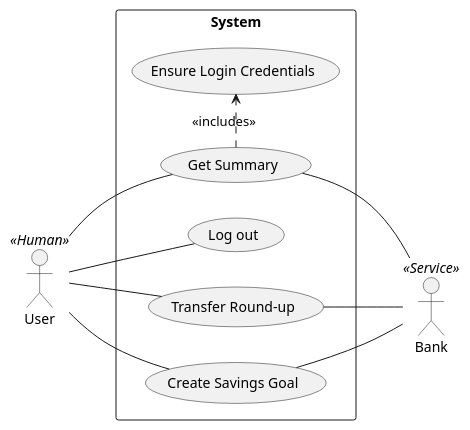
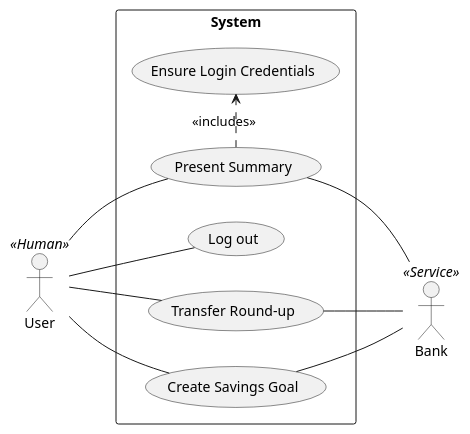
Before and after one commit to hristo-stefanov/MiniBankingDemo: the diagram in diagrams/User Goal/Use Case Diagram.puml, drawn with PlantUML. The commit also changed 10 other files, not shown here.

Commit message:
Rename GetSummaryInteractor to PresentSummaryInteractor

```diff
--- a/diagrams/User Goal/Use Case Diagram.puml
+++ b/diagrams/User Goal/Use Case Diagram.puml
@@ -1,28 +1,28 @@
 @startuml
 'https://plantuml.com/use-case-diagram
 
 ' Level: User Goals
 
 left to right direction
 actor User <<Human>>
 actor Bank <<Service>>
 
 rectangle System {
-usecase "Get Summary"
+usecase "Present Summary"
 usecase "Log out"
 usecase "Ensure Login Credentials"
 usecase "Transfer Round-up"
 usecase "Create Savings Goal"
 }
 
-User -- "Get Summary"
+User -- "Present Summary"
 User -- "Transfer Round-up"
 User -- "Create Savings Goal"
 User -- "Log out"
 
-"Get Summary" -- "Bank"
-"Get Summary" .> "Ensure Login Credentials": <<includes>>
+"Present Summary" -- "Bank"
+"Present Summary" .> "Ensure Login Credentials": <<includes>>
 '"Create Savings Goal" .> "Transfer Round-up" : <<extends>>
 "Transfer Round-up" -- "Bank"
 "Create Savings Goal" -- "Bank"
 @enduml
```
